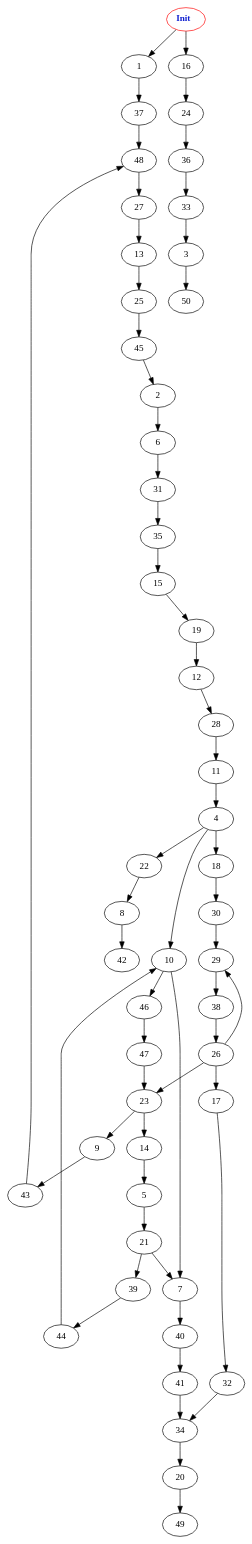
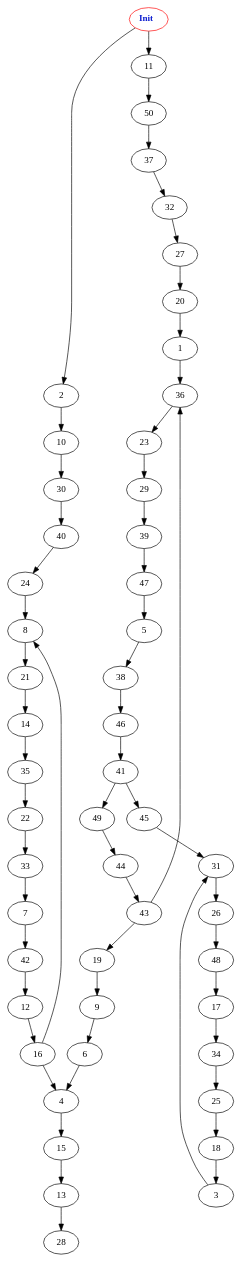
One commit to thecoder0/CS441_HW3 changed the diagram in src/main/resources/originalGraph.dot. Above: the diagram before and after it, drawn with Graphviz. The commit also changed 16 other files, not shown here.

Commit message:
add completed implementation of graph game

```diff
--- a/src/main/resources/originalGraph.dot
+++ b/src/main/resources/originalGraph.dot
@@ -1,60 +1,58 @@
 digraph "Net Graph with 51 nodes" {
 edge ["class"="link-class"]
 "0" ["color"="red","label"=<<b>Init</b>>,"fontcolor"="#1020d0"]
-"0" -> "1" ["weight"="1.0"]
-"0" -> "16" ["weight"="4.0"]
-"1" -> "37" ["weight"="2.0"]
-"16" -> "24" ["weight"="7.0"]
-"5" -> "21" ["weight"="5.0"]
-"21" -> "7" ["weight"="4.0"]
-"21" -> "39" ["weight"="4.0"]
-"10" -> "7" ["weight"="8.0"]
-"10" -> "46" ["weight"="6.0"]
-"7" -> "40" ["weight"="6.0"]
-"40" -> "41" ["weight"="4.0"]
-"46" -> "47" ["weight"="7.0"]
-"14" -> "5" ["weight"="2.0"]
-"37" -> "48" ["weight"="6.0"]
-"6" -> "31" ["weight"="8.0"]
-"31" -> "35" ["weight"="8.0"]
-"9" -> "43" ["weight"="3.0"]
-"43" -> "48" ["weight"="1.0"]
-"2" -> "6" ["weight"="9.0"]
-"8" -> "42" ["weight"="4.0"]
-"4" -> "22" ["weight"="6.0"]
-"4" -> "10" ["weight"="1.0"]
-"4" -> "18" ["weight"="9.0"]
-"22" -> "8" ["weight"="3.0"]
-"18" -> "30" ["weight"="6.0"]
-"24" -> "36" ["weight"="5.0"]
-"36" -> "33" ["weight"="7.0"]
-"48" -> "27" ["weight"="1.0"]
-"25" -> "45" ["weight"="6.0"]
-"45" -> "2" ["weight"="1.0"]
-"20" -> "49" ["weight"="7.0"]
-"47" -> "23" ["weight"="7.0"]
-"29" -> "38" ["weight"="6.0"]
-"38" -> "26" ["weight"="2.0"]
-"39" -> "44" ["weight"="2.0"]
-"33" -> "3" ["weight"="3.0"]
-"3" -> "50" ["weight"="1.0"]
-"28" -> "11" ["weight"="8.0"]
-"11" -> "4" ["weight"="2.0"]
-"26" -> "17" ["weight"="6.0"]
-"26" -> "23" ["weight"="1.0"]
-"26" -> "29" ["weight"="1.0"]
-"17" -> "32" ["weight"="1.0"]
-"32" -> "34" ["weight"="2.0"]
-"23" -> "9" ["weight"="1.0"]
-"23" -> "14" ["weight"="8.0"]
-"13" -> "25" ["weight"="1.0"]
-"41" -> "34" ["weight"="5.0"]
-"34" -> "20" ["weight"="4.0"]
-"44" -> "10" ["weight"="5.0"]
-"27" -> "13" ["weight"="4.0"]
-"12" -> "28" ["weight"="1.0"]
-"35" -> "15" ["weight"="4.0"]
-"15" -> "19" ["weight"="1.0"]
-"19" -> "12" ["weight"="3.0"]
-"30" -> "29" ["weight"="8.0"]
+"0" -> "2" ["weight"="1.0"]
+"0" -> "11" ["weight"="2.0"]
+"2" -> "10" ["weight"="5.0"]
+"11" -> "50" ["weight"="7.0"]
+"5" -> "38" ["weight"="1.0"]
+"38" -> "46" ["weight"="4.0"]
+"10" -> "30" ["weight"="5.0"]
+"30" -> "40" ["weight"="3.0"]
+"14" -> "35" ["weight"="1.0"]
+"35" -> "22" ["weight"="8.0"]
+"1" -> "36" ["weight"="2.0"]
+"36" -> "23" ["weight"="1.0"]
+"6" -> "4" ["weight"="7.0"]
+"4" -> "15" ["weight"="2.0"]
+"15" -> "13" ["weight"="1.0"]
+"9" -> "6" ["weight"="4.0"]
+"8" -> "21" ["weight"="5.0"]
+"21" -> "14" ["weight"="7.0"]
+"42" -> "12" ["weight"="1.0"]
+"12" -> "16" ["weight"="5.0"]
+"16" -> "8" ["weight"="1.0"]
+"16" -> "4" ["weight"="7.0"]
+"24" -> "8" ["weight"="4.0"]
+"37" -> "32" ["weight"="1.0"]
+"32" -> "27" ["weight"="1.0"]
+"27" -> "20" ["weight"="8.0"]
+"20" -> "1" ["weight"="5.0"]
+"25" -> "18" ["weight"="3.0"]
+"18" -> "3" ["weight"="4.0"]
+"3" -> "31" ["weight"="1.0"]
+"31" -> "26" ["weight"="5.0"]
+"46" -> "41" ["weight"="2.0"]
+"41" -> "49" ["weight"="3.0"]
+"41" -> "45" ["weight"="2.0"]
+"49" -> "44" ["weight"="3.0"]
+"45" -> "31" ["weight"="8.0"]
+"29" -> "39" ["weight"="2.0"]
+"39" -> "47" ["weight"="4.0"]
+"33" -> "7" ["weight"="7.0"]
+"7" -> "42" ["weight"="5.0"]
+"13" -> "28" ["weight"="8.0"]
+"26" -> "48" ["weight"="1.0"]
+"48" -> "17" ["weight"="1.0"]
+"17" -> "34" ["weight"="7.0"]
+"34" -> "25" ["weight"="8.0"]
+"22" -> "33" ["weight"="9.0"]
+"44" -> "43" ["weight"="3.0"]
+"43" -> "36" ["weight"="6.0"]
+"43" -> "19" ["weight"="1.0"]
+"23" -> "29" ["weight"="2.0"]
+"19" -> "9" ["weight"="5.0"]
+"47" -> "5" ["weight"="1.0"]
+"50" -> "37" ["weight"="3.0"]
+"40" -> "24" ["weight"="1.0"]
 }
```
